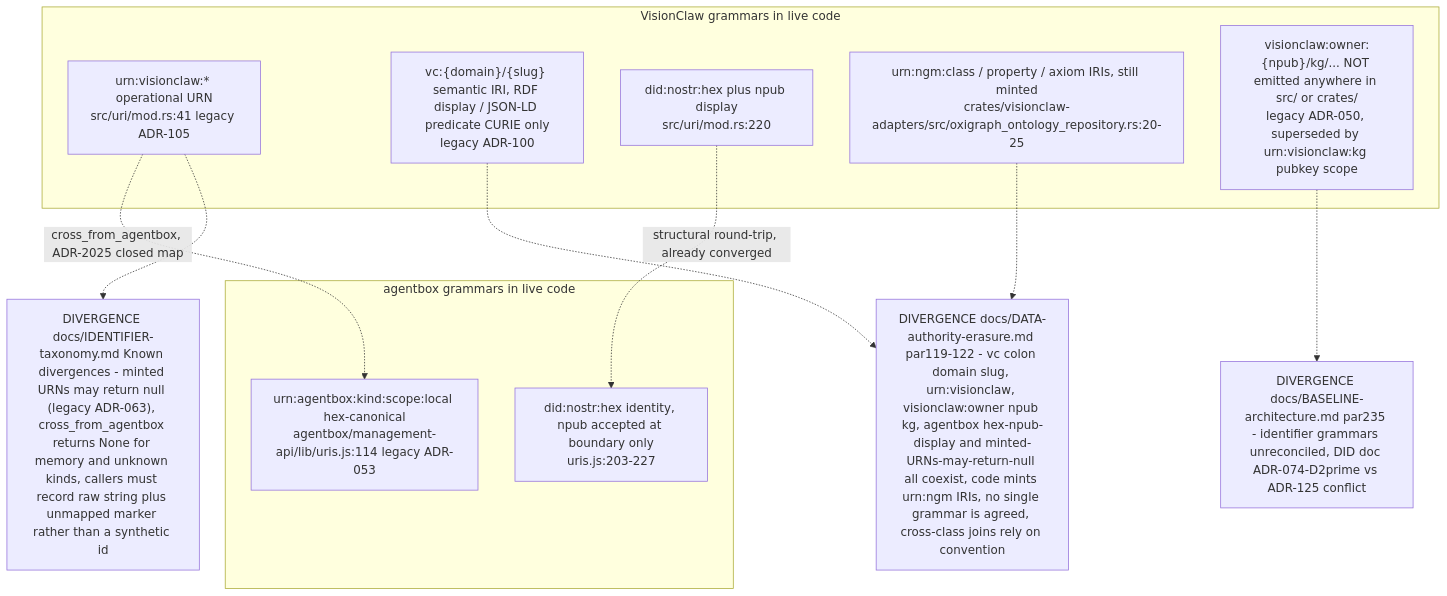
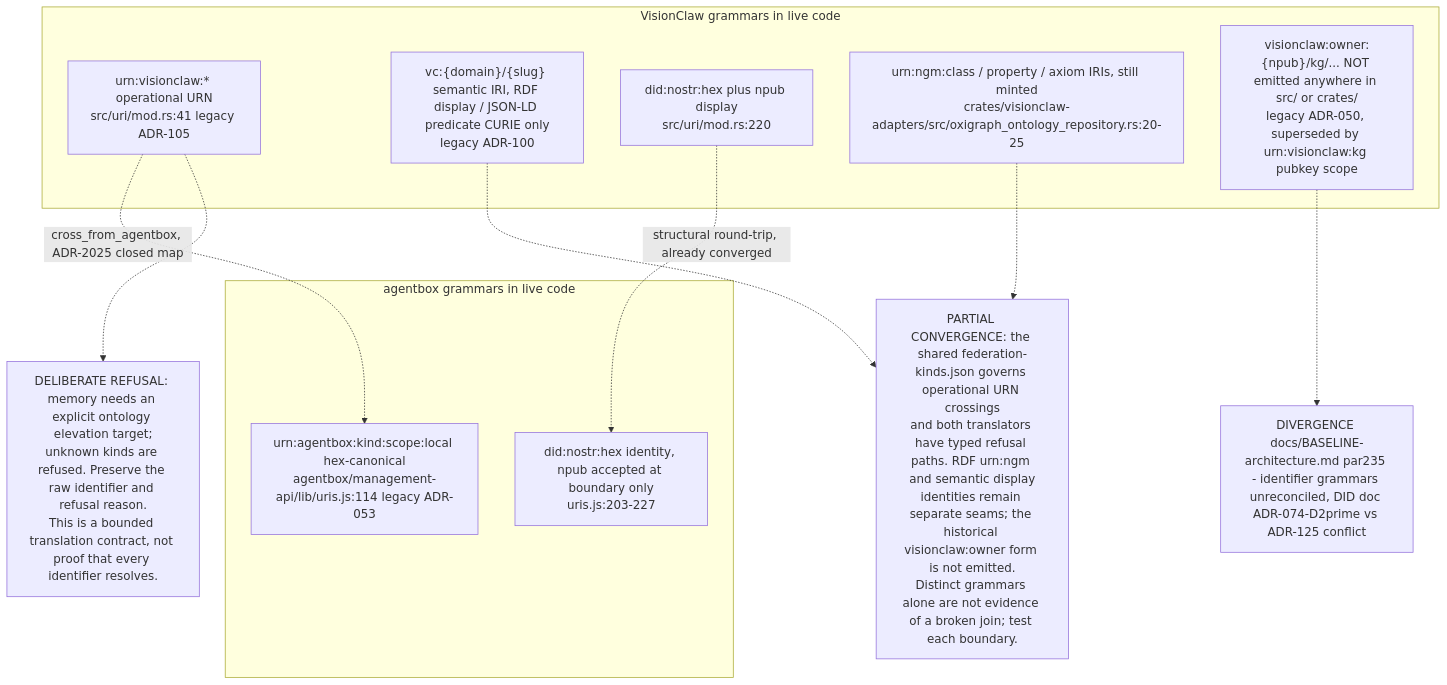
One commit to DreamLab-AI/VisionFlow changed the tenth of 10 diagrams in docs/diagrams/estate/03-cross-repo-federation-contract.md. Above: the diagram before and after it, drawn with Mermaid. The commit also changed other lines of this file and 185 other files, not shown here.

Commit message:
docs(estate): reconcile diagrams and ADRs with source and define closeout sprint

````diff
--- a/docs/diagrams/estate/03-cross-repo-federation-contract.md
+++ b/docs/diagrams/estate/03-cross-repo-federation-contract.md
@@ -422,23 +425,23 @@
 ```mermaid
 flowchart TD
     subgraph VC["VisionClaw grammars in live code"]
         G1["urn:visionclaw:* operational URN<br/>src/uri/mod.rs:41 legacy ADR-105"]
         G2["vc:{domain}/{slug} semantic IRI, RDF display / JSON-LD predicate CURIE only<br/>legacy ADR-100"]
         G3["did:nostr:hex plus npub display<br/>src/uri/mod.rs:220"]
         G4["urn:ngm:class / property / axiom IRIs, still minted<br/>crates/visionclaw-adapters/src/oxigraph_ontology_repository.rs:20-25"]
         G5["visionclaw:owner:{npub}/kg/... NOT emitted anywhere in src/ or crates/<br/>legacy ADR-050, superseded by urn:visionclaw:kg pubkey scope"]
     end
     subgraph AB["agentbox grammars in live code"]
         G6["urn:agentbox:kind:scope:local hex-canonical<br/>agentbox/management-api/lib/uris.js:114 legacy ADR-053"]
         G7["did:nostr:hex identity, npub accepted at boundary only<br/>uris.js:203-227"]
     end
     G1 -. "cross_from_agentbox, ADR-2025 closed map" .-> G6
     G3 -. "structural round-trip, already converged" .-> G7
-    NOTE1["DIVERGENCE docs/DATA-authority-erasure.md par119-122 - vc colon domain slug, urn:visionclaw, visionclaw:owner npub kg, agentbox hex-npub-display and minted-URNs-may-return-null all coexist, code mints urn:ngm IRIs, no single grammar is agreed, cross-class joins rely on convention"]
+    NOTE1["PARTIAL CONVERGENCE: the shared federation-kinds.json governs operational URN crossings<br/>and both translators have typed refusal paths. RDF urn:ngm and semantic display<br/>identities remain separate seams; the historical visionclaw:owner form is not emitted.<br/>Distinct grammars alone are not evidence of a broken join; test each boundary."]
     NOTE2["DIVERGENCE docs/BASELINE-architecture.md par235 - identifier grammars unreconciled, DID doc ADR-074-D2prime vs ADR-125 conflict"]
-    NOTE3["DIVERGENCE docs/IDENTIFIER-taxonomy.md Known divergences - minted URNs may return null (legacy ADR-063), cross_from_agentbox returns None for memory and unknown kinds, callers must record raw string plus unmapped marker rather than a synthetic id"]
+    NOTE3["DELIBERATE REFUSAL: memory needs an explicit ontology elevation target;<br/>unknown kinds are refused. Preserve the raw identifier and refusal reason.<br/>This is a bounded translation contract, not proof that every identifier resolves."]
     G4 -.-> NOTE1
     G2 -.-> NOTE1
     G5 -.-> NOTE2
     G1 -.-> NOTE3
 ```
````
